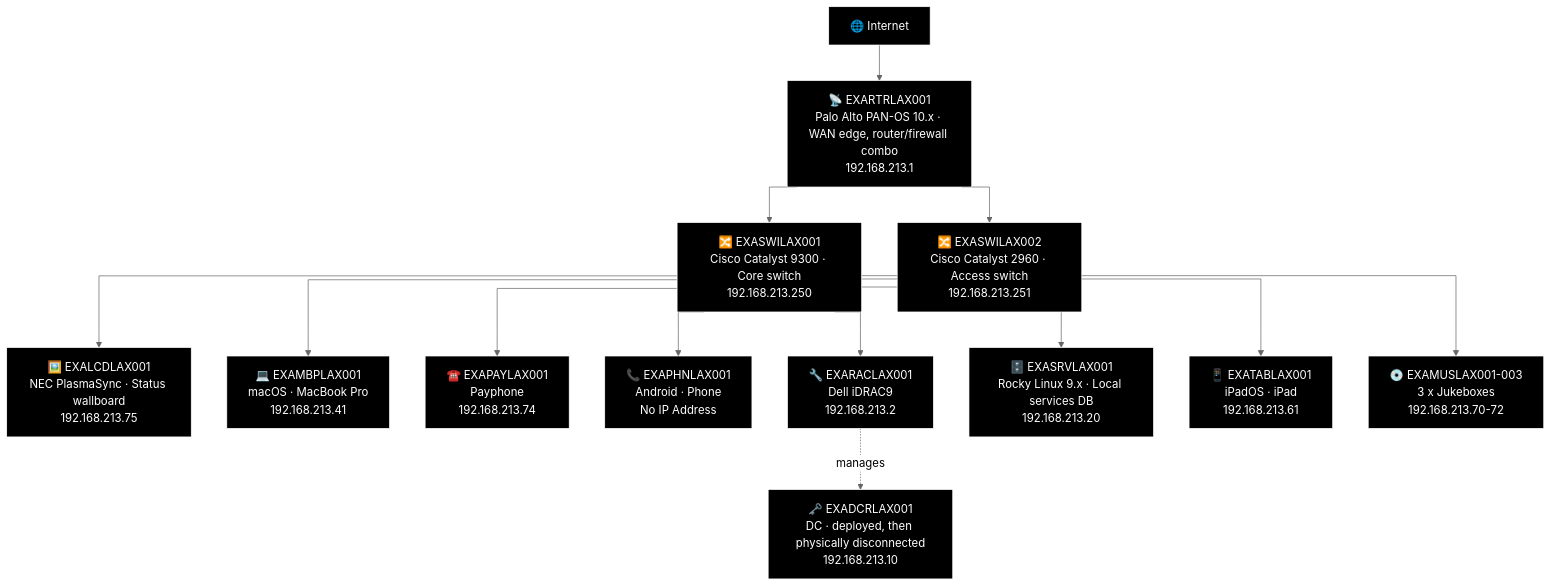
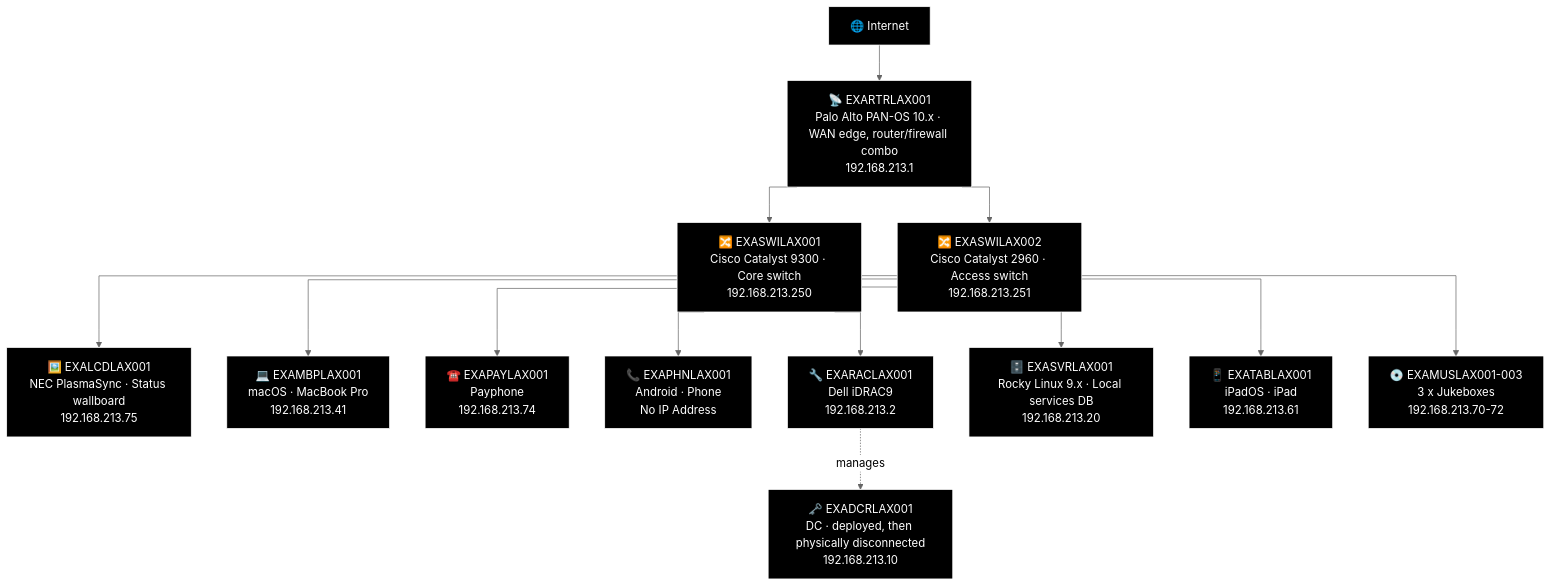
The first of 19 diagrams in docs/network-diagram/united-states.md (knightmare2600/example_music_infra), drawn with Mermaid (neutral theme) before and after one commit. The commit also changed other lines of this file and 44 other files, not shown here.

````diff
--- a/docs/network-diagram/united-states.md
+++ b/docs/network-diagram/united-states.md
@@ -35,45 +35,45 @@
 ```mermaid
 %% GENERATED:OLDNETWORK:LAX:START
 %%{init: {'flowchart': {'curve': 'stepAfter'}}}%%
 graph TD
     O_INET["🌐 Internet"]
     O_RTR["📡 EXARTRLAX001<br/>Palo Alto PAN-OS 10.x · WAN edge, router/firewall combo<br/>192.168.213.1"]
     O_SWI1["🔀 EXASWILAX001<br/>Cisco Catalyst 9300 · Core switch<br/>192.168.213.250"]
     O_SWI2["🔀 EXASWILAX002<br/>Cisco Catalyst 2960 · Access switch<br/>192.168.213.251"]
     O_DCR["🗝️ EXADCRLAX001<br/>DC · deployed, then physically disconnected<br/>192.168.213.10"]
     O_LCD["🖼️ EXALCDLAX001<br/>NEC PlasmaSync · Status wallboard<br/>192.168.213.75"]
     O_MBP["💻 EXAMBPLAX001<br/>macOS · MacBook Pro<br/>192.168.213.41"]
     O_PAY["☎️ EXAPAYLAX001<br/>Payphone<br/>192.168.213.74"]
     O_PHN["📞 EXAPHNLAX001<br/>Android · Phone<br/>No IP Address"]
     O_RAC["🔧 EXARACLAX001<br/>Dell iDRAC9<br/>192.168.213.2"]
-    O_SRV["🗄️ EXASRVLAX001<br/>Rocky Linux 9.x · Local services DB<br/>192.168.213.20"]
+    O_SRV["🗄️ EXASVRLAX001<br/>Rocky Linux 9.x · Local services DB<br/>192.168.213.20"]
     O_TAB["📱 EXATABLAX001<br/>iPadOS · iPad<br/>192.168.213.61"]
     O_MUS["💿 EXAMUSLAX001-003<br/>3 x Jukeboxes<br/>192.168.213.70-72"]
     O_INET --> O_RTR
     O_RTR --> O_SWI1
     O_RTR --> O_SWI2
     O_SWI1 --> O_LCD
     O_SWI1 --> O_MBP
     O_SWI1 --> O_PAY
     O_SWI1 --> O_PHN
     O_SWI1 --> O_RAC
     O_RAC -.->|"manages"| O_DCR
     O_SWI1 --> O_SRV
     O_SWI1 --> O_TAB
     O_SWI1 --> O_MUS
 
     style O_INET fill:#000000,stroke:#FFFFFF,color:#FFFFFF
     style O_RTR fill:#000000,stroke:#FFFFFF,color:#FFFFFF
     style O_SWI1 fill:#000000,stroke:#FFFFFF,color:#FFFFFF
     style O_SWI2 fill:#000000,stroke:#FFFFFF,color:#FFFFFF
     style O_DCR fill:#000000,stroke:#FFFFFF,color:#FFFFFF
     style O_LCD fill:#000000,stroke:#FFFFFF,color:#FFFFFF
     style O_MBP fill:#000000,stroke:#FFFFFF,color:#FFFFFF
     style O_PAY fill:#000000,stroke:#FFFFFF,color:#FFFFFF
     style O_PHN fill:#000000,stroke:#FFFFFF,color:#FFFFFF
     style O_RAC fill:#000000,stroke:#FFFFFF,color:#FFFFFF
     style O_SRV fill:#000000,stroke:#FFFFFF,color:#FFFFFF
     style O_TAB fill:#000000,stroke:#FFFFFF,color:#FFFFFF
     style O_MUS fill:#000000,stroke:#FFFFFF,color:#FFFFFF
 %% GENERATED:OLDNETWORK:LAX:END
 ```
````
